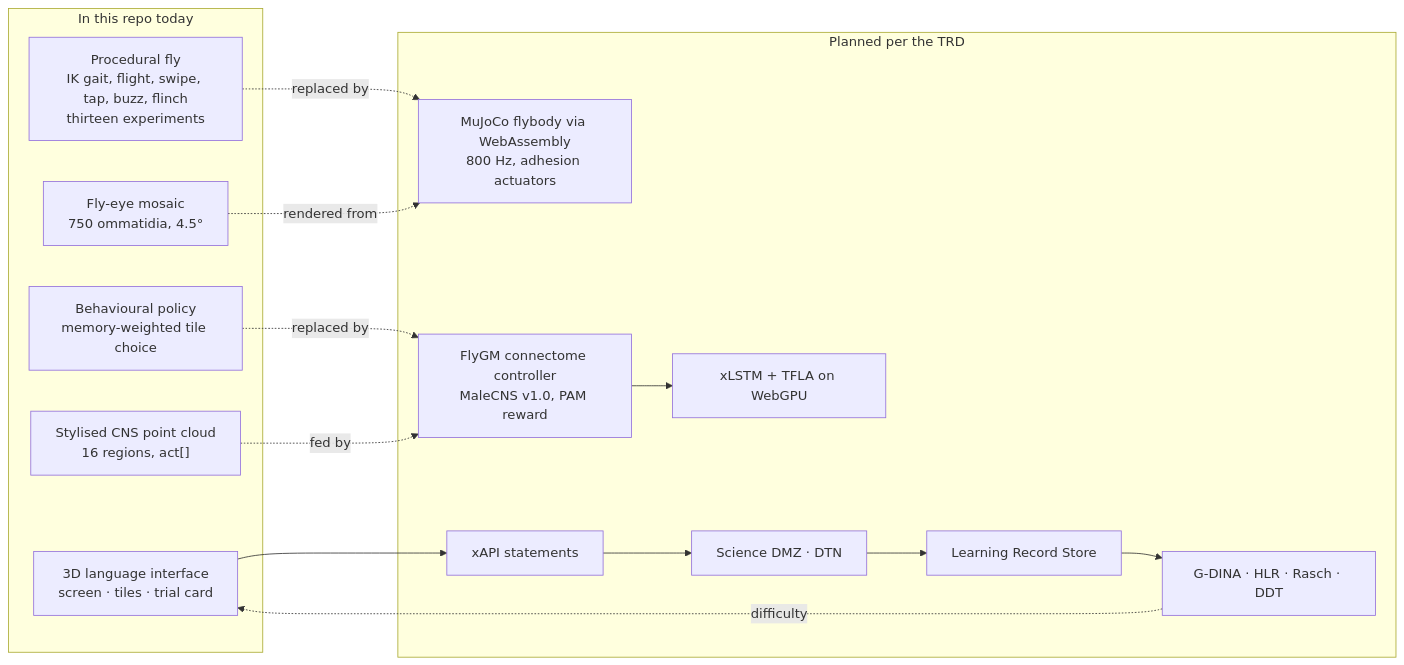
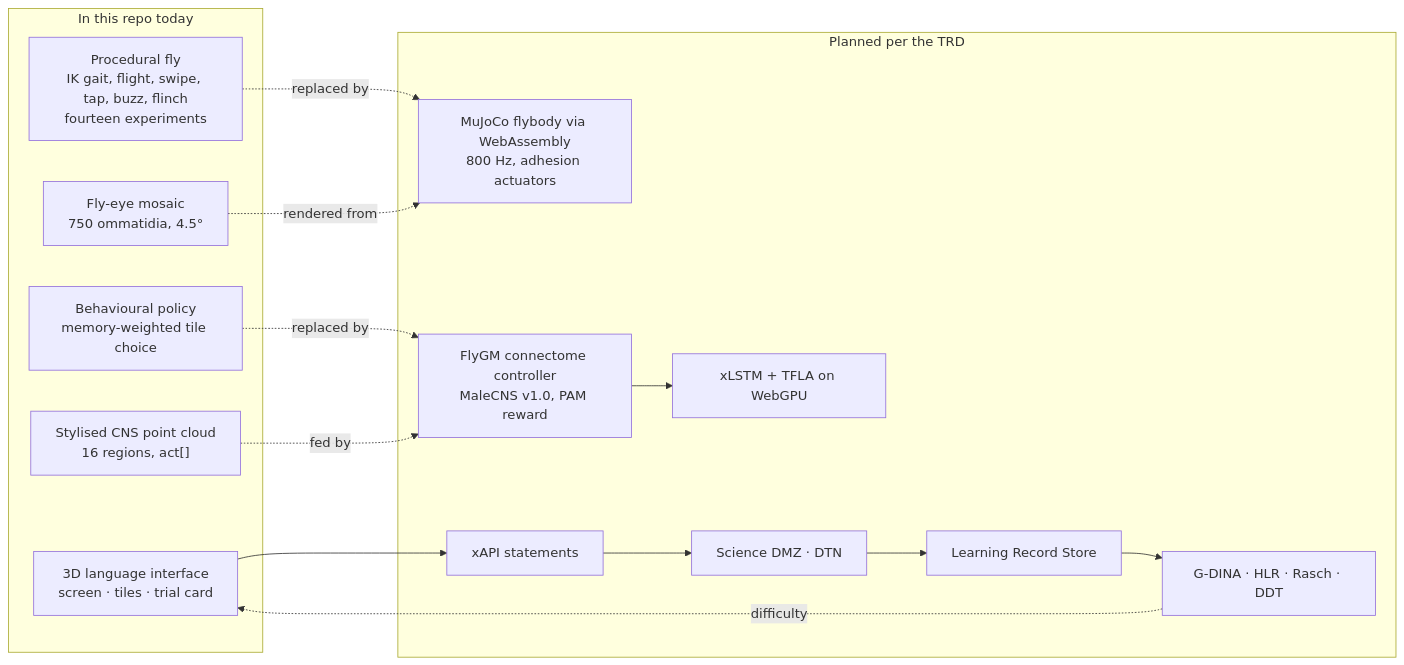
Before and after one commit to jayrosen-design/fly-lingo: the fourth of 4 diagrams in README.md, drawn with Mermaid. The commit also changed other lines of this file and 5 other files, not shown here.

````diff
--- a/README.md
+++ b/README.md
@@ -513,26 +526,26 @@
 ```mermaid
 flowchart LR
   subgraph Now["In this repo today"]
     UI["3D language interface<br/>screen · tiles · trial card"]
-    FlyP["Procedural fly<br/>IK gait, flight, swipe, tap, buzz, flinch<br/>thirteen experiments"]
+    FlyP["Procedural fly<br/>IK gait, flight, swipe, tap, buzz, flinch<br/>fourteen experiments"]
     Policy["Behavioural policy<br/>memory-weighted tile choice"]
     BrainViz["Stylised CNS point cloud<br/>16 regions, act[]"]
     Eye["Fly-eye mosaic<br/>750 ommatidia, 4.5°"]
   end
   subgraph Planned["Planned per the TRD"]
     MuJoCo["MuJoCo flybody via WebAssembly<br/>800 Hz, adhesion actuators"]
     FlyGM["FlyGM connectome controller<br/>MaleCNS v1.0, PAM reward"]
     xLSTM["xLSTM + TFLA on WebGPU"]
     xAPI["xAPI statements"]
     DMZ["Science DMZ · DTN"]
     LRS["Learning Record Store"]
     Eval["G-DINA · HLR · Rasch · DDT"]
   end
   Policy -. replaced by .-> FlyGM
   FlyP -. replaced by .-> MuJoCo
   BrainViz -. fed by .-> FlyGM
   Eye -. rendered from .-> MuJoCo
   UI --> xAPI --> DMZ --> LRS --> Eval
   Eval -. difficulty .-> UI
   FlyGM --> xLSTM
 ```
````
